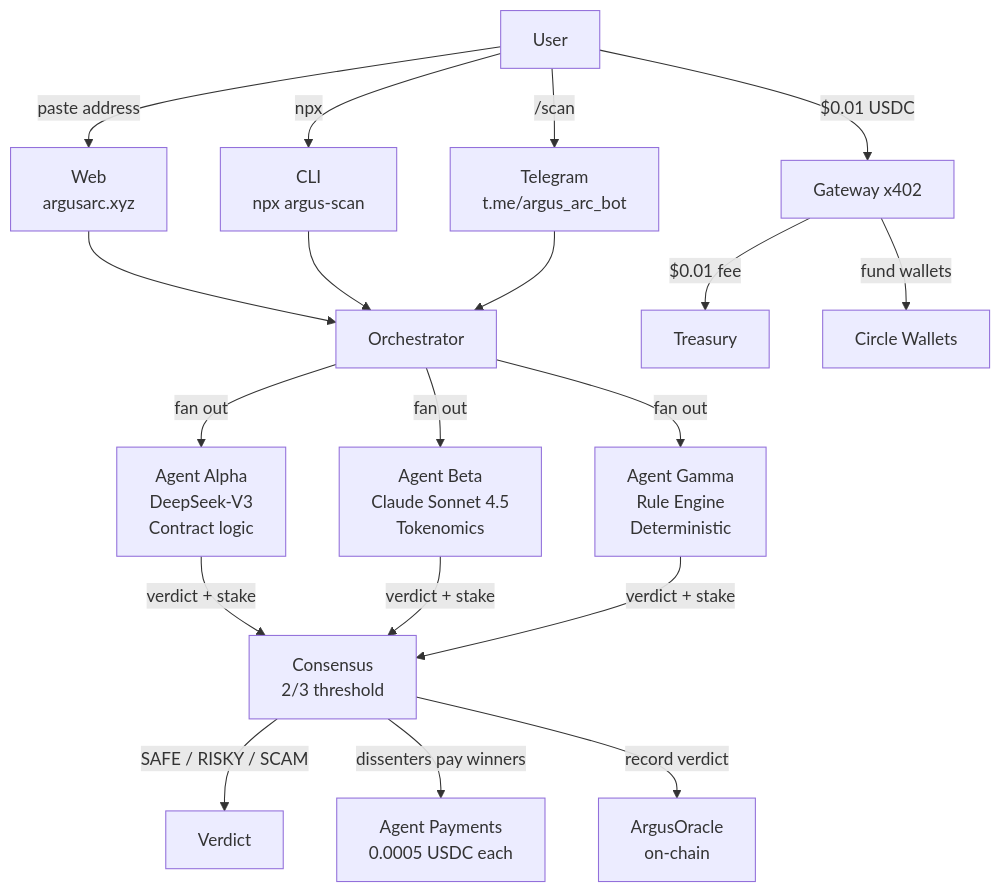
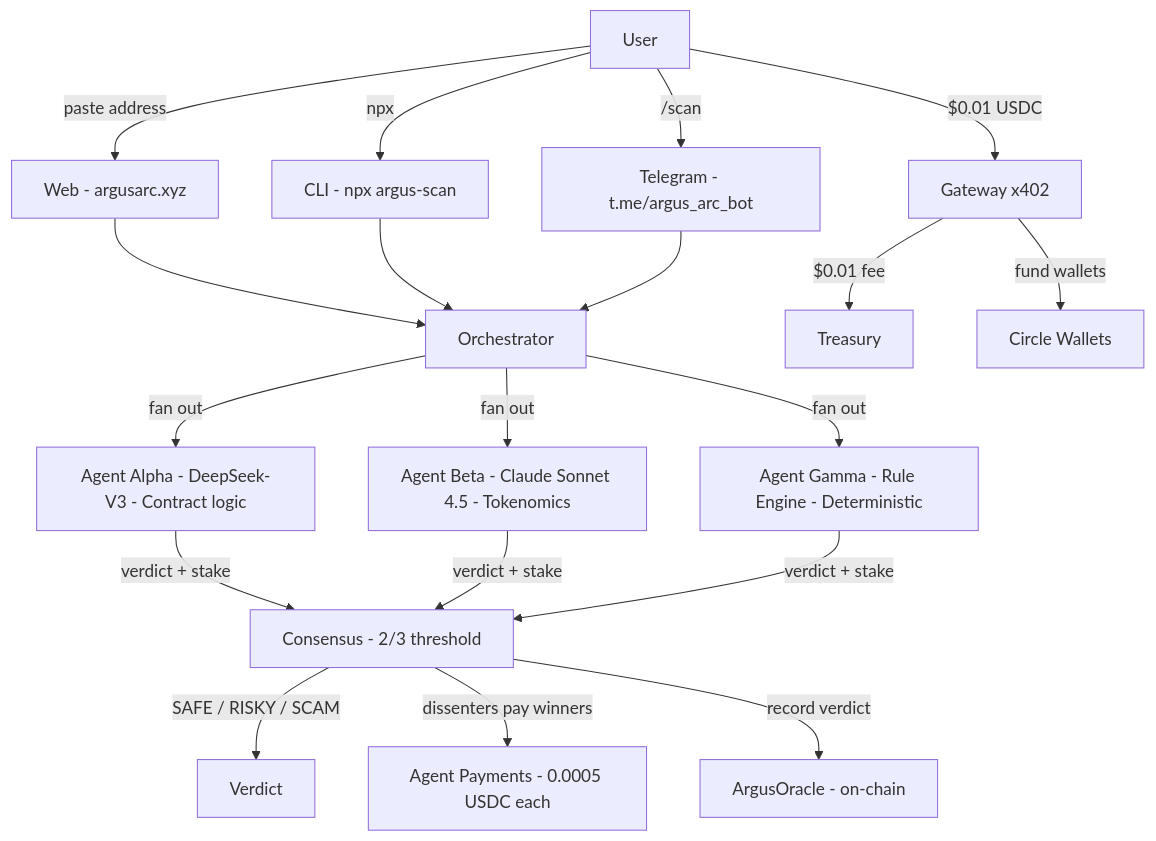
The diagram in README.md (Gideon145/argus), drawn with Mermaid before and after one commit. The commit also changed other lines of this file and 2 other files, not shown here.

Commit message:
Fix Mermaid rendering (remove HTML tags), update Step 1 with MetaMask+Get Started options, add accessibility line

````diff
--- a/README.md
+++ b/README.md
@@ -86,26 +88,26 @@
 ```mermaid
 flowchart TB
     U[User] -->|$0.01 USDC| GW[Gateway x402]
-    U -->|paste address| WEB[Web<br/>argusarc.xyz]
-    U -->|npx| CLI[CLI<br/>npx argus-scan]
-    U -->|/scan| TG[Telegram<br/>t.me/argus_arc_bot]
+    U -->|paste address| WEB[Web - argusarc.xyz]
+    U -->|npx| CLI[CLI - npx argus-scan]
+    U -->|/scan| TG[Telegram - t.me/argus_arc_bot]
 
     WEB --> O[Orchestrator]
     CLI --> O
     TG --> O
 
-    O -->|fan out| A[Agent Alpha<br/>DeepSeek-V3<br/>Contract logic]
-    O -->|fan out| B[Agent Beta<br/>Claude Sonnet 4.5<br/>Tokenomics]
-    O -->|fan out| G[Agent Gamma<br/>Rule Engine<br/>Deterministic]
+    O -->|fan out| A[Agent Alpha - DeepSeek-V3 - Contract logic]
+    O -->|fan out| B[Agent Beta - Claude Sonnet 4.5 - Tokenomics]
+    O -->|fan out| G[Agent Gamma - Rule Engine - Deterministic]
 
-    A -->|verdict + stake| C[Consensus<br/>2/3 threshold]
+    A -->|verdict + stake| C[Consensus - 2/3 threshold]
     B -->|verdict + stake| C
     G -->|verdict + stake| C
 
     C -->|SAFE / RISKY / SCAM| R[Verdict]
-    C -->|dissenters pay winners| P[Agent Payments<br/>0.0005 USDC each]
-    C -->|record verdict| ORA[ArgusOracle<br/>on-chain]
+    C -->|dissenters pay winners| P[Agent Payments - 0.0005 USDC each]
+    C -->|record verdict| ORA[ArgusOracle - on-chain]
 
     GW -->|$0.01 fee| TR[Treasury]
     GW -->|fund wallets| W[Circle Wallets]
 ```
````
